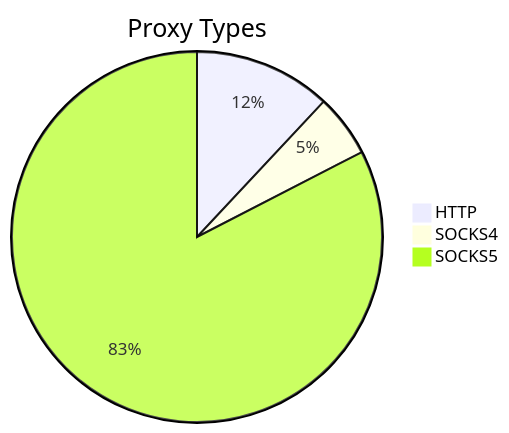
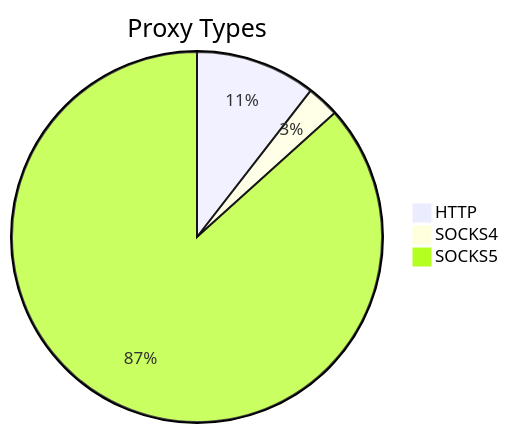
Before and after one commit to stormsia/proxy-list: the first of 2 diagrams in README.md, drawn with Mermaid. The commit also changed other lines of this file, not shown here.

````diff
--- a/README.md
+++ b/README.md
@@ -21,6 +21,6 @@
 ```mermaid
 pie title Proxy Types
-    "HTTP" : 416
-    "SOCKS4" : 190
-    "SOCKS5" : 2870
+    "HTTP" : 235
+    "SOCKS4" : 63
+    "SOCKS5" : 1938
 ```
````
